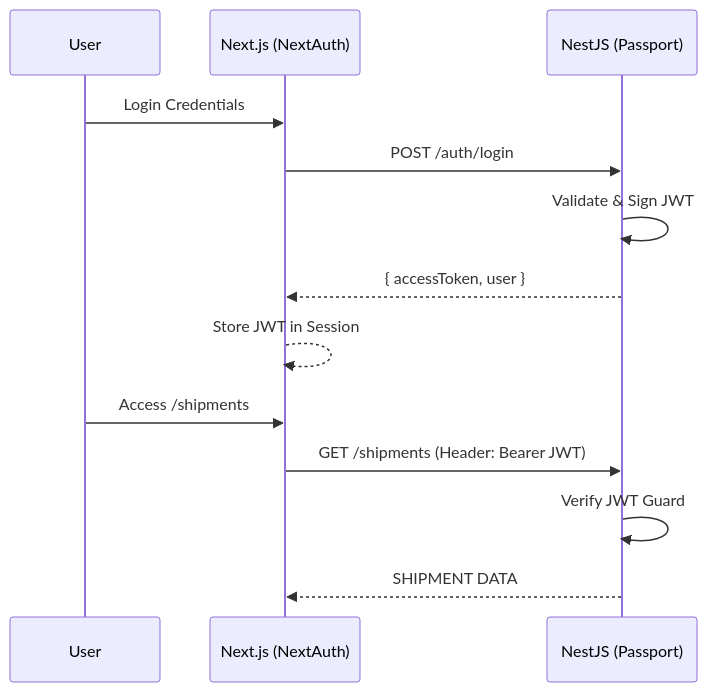
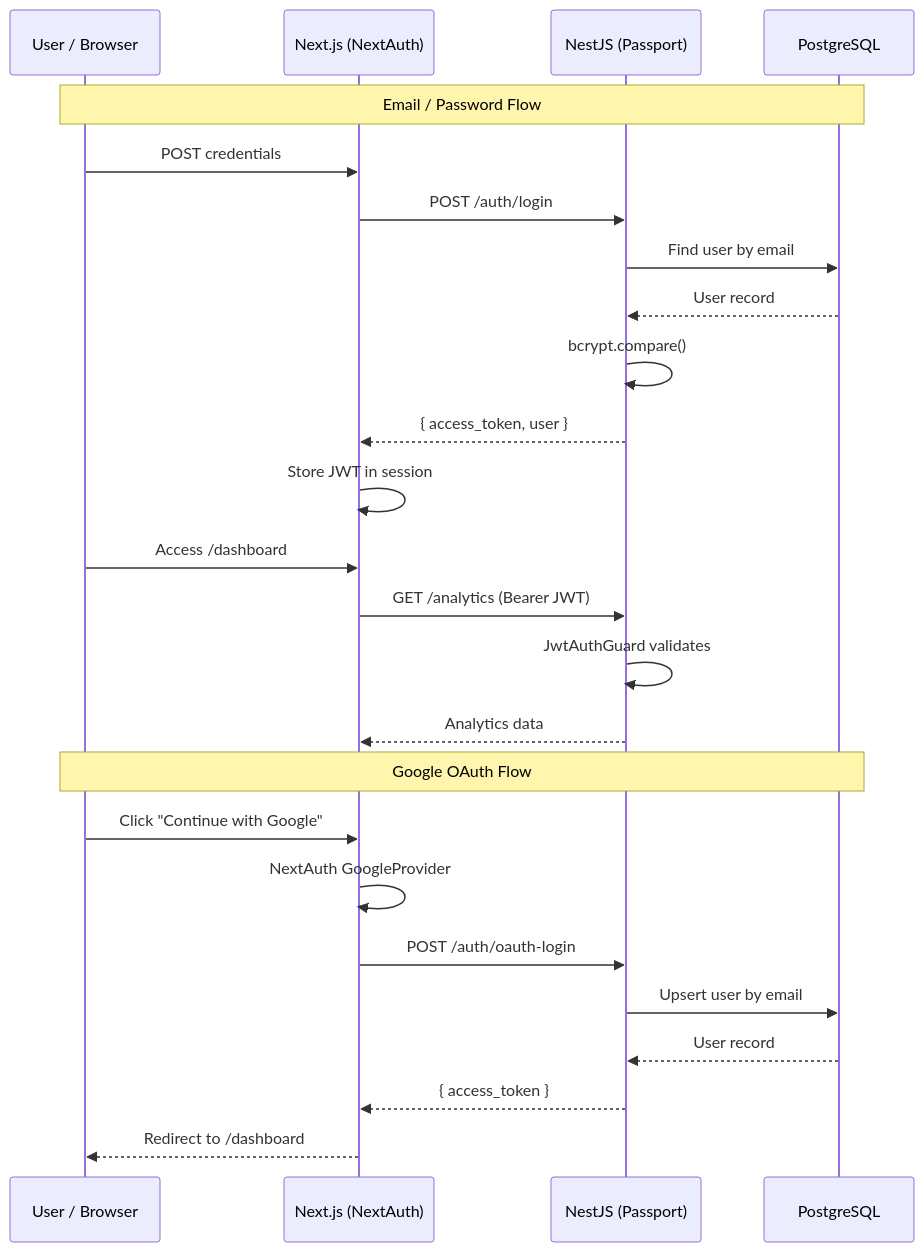
Before and after one commit to pthanksdev/LogiBoard: the second of 7 diagrams in README.md, drawn with Mermaid. The commit also changed other lines of this file, not shown here.

Commit message:
docs: add comprehensive README with architecture diagrams

````diff
--- a/README.md
+++ b/README.md
@@ -59,15 +99,29 @@
 ```mermaid
 sequenceDiagram
-    participant U as User
-    participant F as Next.js (NextAuth)
-    participant B as NestJS (Passport)
-    U->>F: Login Credentials
-    F->>B: POST /auth/login
-    B->>B: Validate & Sign JWT
-    B-->>F: { accessToken, user }
-    F-->>F: Store JWT in Session
-    U->>F: Access /shipments
-    F->>B: GET /shipments (Header: Bearer JWT)
-    B->>B: Verify JWT Guard
-    B-->>F: SHIPMENT DATA
+    participant U as User / Browser
+    participant FE as Next.js (NextAuth)
+    participant BE as NestJS (Passport)
+    participant DB as PostgreSQL
+
+    Note over U,DB: Email / Password Flow
+    U->>FE: POST credentials
+    FE->>BE: POST /auth/login
+    BE->>DB: Find user by email
+    DB-->>BE: User record
+    BE->>BE: bcrypt.compare()
+    BE-->>FE: { access_token, user }
+    FE->>FE: Store JWT in session
+    U->>FE: Access /dashboard
+    FE->>BE: GET /analytics (Bearer JWT)
+    BE->>BE: JwtAuthGuard validates
+    BE-->>FE: Analytics data
+
+    Note over U,DB: Google OAuth Flow
+    U->>FE: Click "Continue with Google"
+    FE->>FE: NextAuth GoogleProvider
+    FE->>BE: POST /auth/oauth-login
+    BE->>DB: Upsert user by email
+    DB-->>BE: User record
+    BE-->>FE: { access_token }
+    FE-->>U: Redirect to /dashboard
 ```
````
